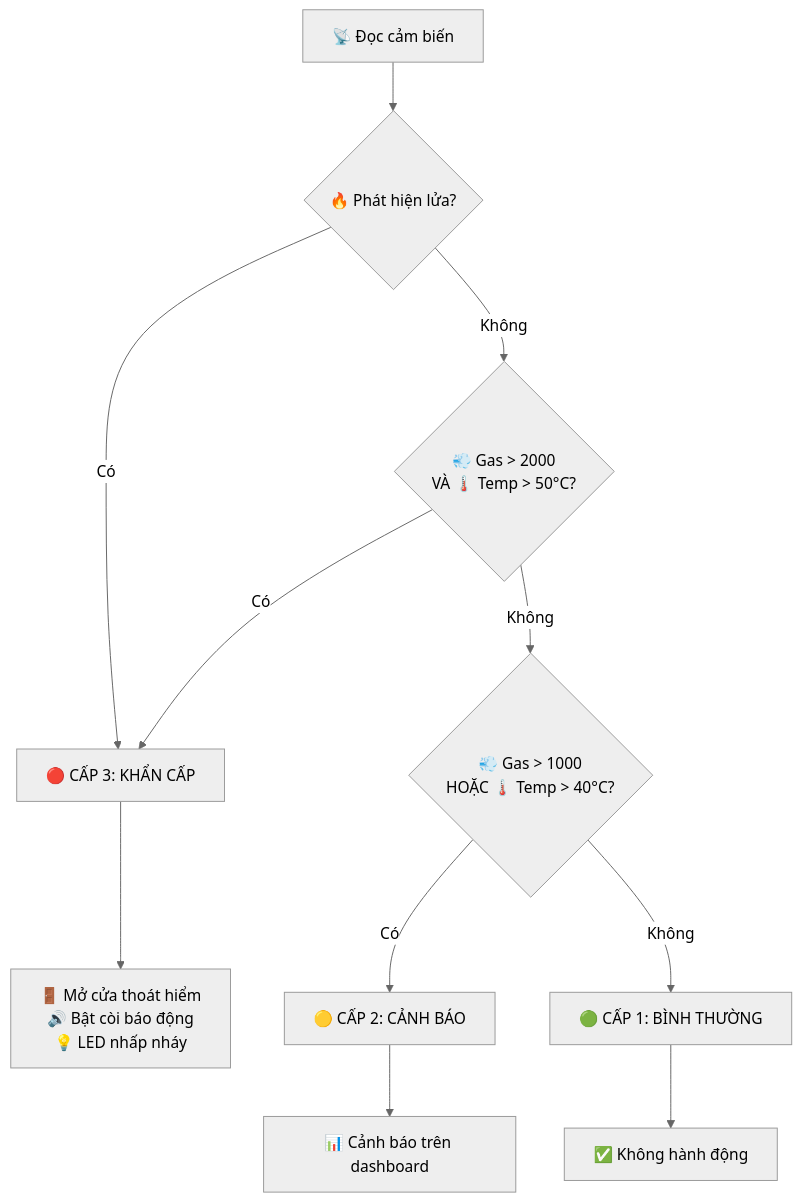
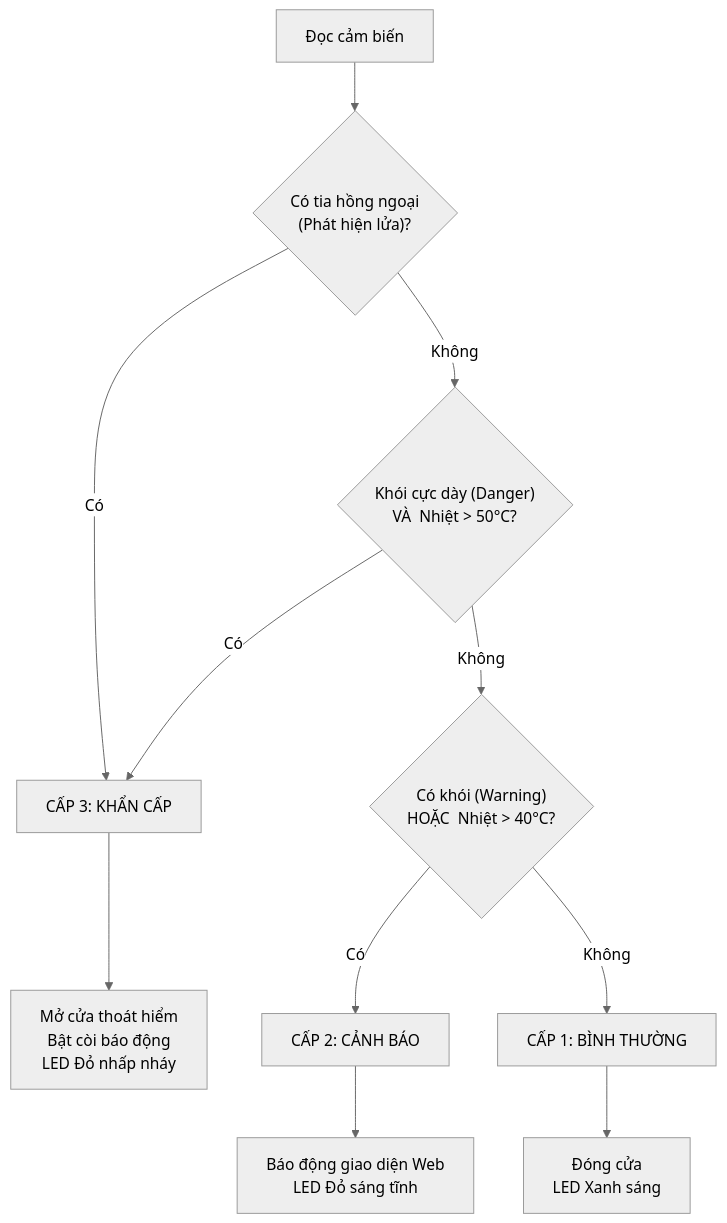
The second of 2 diagrams in docs/ARCHITECTURE.md (NhMinh-2610/ESP32-Fire-Alarm-System), drawn with Mermaid (neutral theme) before and after one commit. The commit also changed other lines of this file and 6 other files, not shown here.

````diff
--- a/docs/ARCHITECTURE.md
+++ b/docs/ARCHITECTURE.md
@@ -102,14 +81,16 @@
 ```mermaid
 graph TD
-    START["📡 Đọc cảm biến"] --> CHECK_FLAME{"🔥 Phát hiện lửa?"}
-    CHECK_FLAME -->|"Có"| LEVEL3["🔴 CẤP 3: KHẨN CẤP"]
-    CHECK_FLAME -->|"Không"| CHECK_EXTREME{"💨 Gas > 2000<br/>VÀ 🌡️ Temp > 50°C?"}
-    CHECK_EXTREME -->|"Có"| LEVEL3
-    CHECK_EXTREME -->|"Không"| CHECK_WARNING{"💨 Gas > 1000<br/>HOẶC 🌡️ Temp > 40°C?"}
-    CHECK_WARNING -->|"Có"| LEVEL2["🟡 CẤP 2: CẢNH BÁO"]
-    CHECK_WARNING -->|"Không"| LEVEL1["🟢 CẤP 1: BÌNH THƯỜNG"]
+ START[" Đọc cảm biến"] --> CHECK_FLAME{" Có tia hồng ngoại<br/>(Phát hiện lửa)?"}
+ CHECK_FLAME -->|"Có"| LEVEL3[" CẤP 3: KHẨN CẤP"]
+ 
+ CHECK_FLAME -->|"Không"| CHECK_EXTREME{" Khói cực dày (Danger)<br/>VÀ ️ Nhiệt > 50°C?"}
+ CHECK_EXTREME -->|"Có"| LEVEL3
+ 
+ CHECK_EXTREME -->|"Không"| CHECK_WARNING{" Có khói (Warning)<br/>HOẶC ️ Nhiệt > 40°C?"}
+ CHECK_WARNING -->|"Có"| LEVEL2[" CẤP 2: CẢNH BÁO"]
+ CHECK_WARNING -->|"Không"| LEVEL1[" CẤP 1: BÌNH THƯỜNG"]
 
-    LEVEL3 --> ACTION3["🚪 Mở cửa thoát hiểm<br/>🔊 Bật còi báo động<br/>💡 LED nhấp nháy"]
-    LEVEL2 --> ACTION2["📊 Cảnh báo trên dashboard"]
-    LEVEL1 --> ACTION1["✅ Không hành động"]
+ LEVEL3 --> ACTION3[" Mở cửa thoát hiểm<br/> Bật còi báo động<br/> LED Đỏ nhấp nháy"]
+ LEVEL2 --> ACTION2[" Báo động giao diện Web<br/> LED Đỏ sáng tĩnh"]
+ LEVEL1 --> ACTION1[" Đóng cửa<br/> LED Xanh sáng"]
 ```
````
